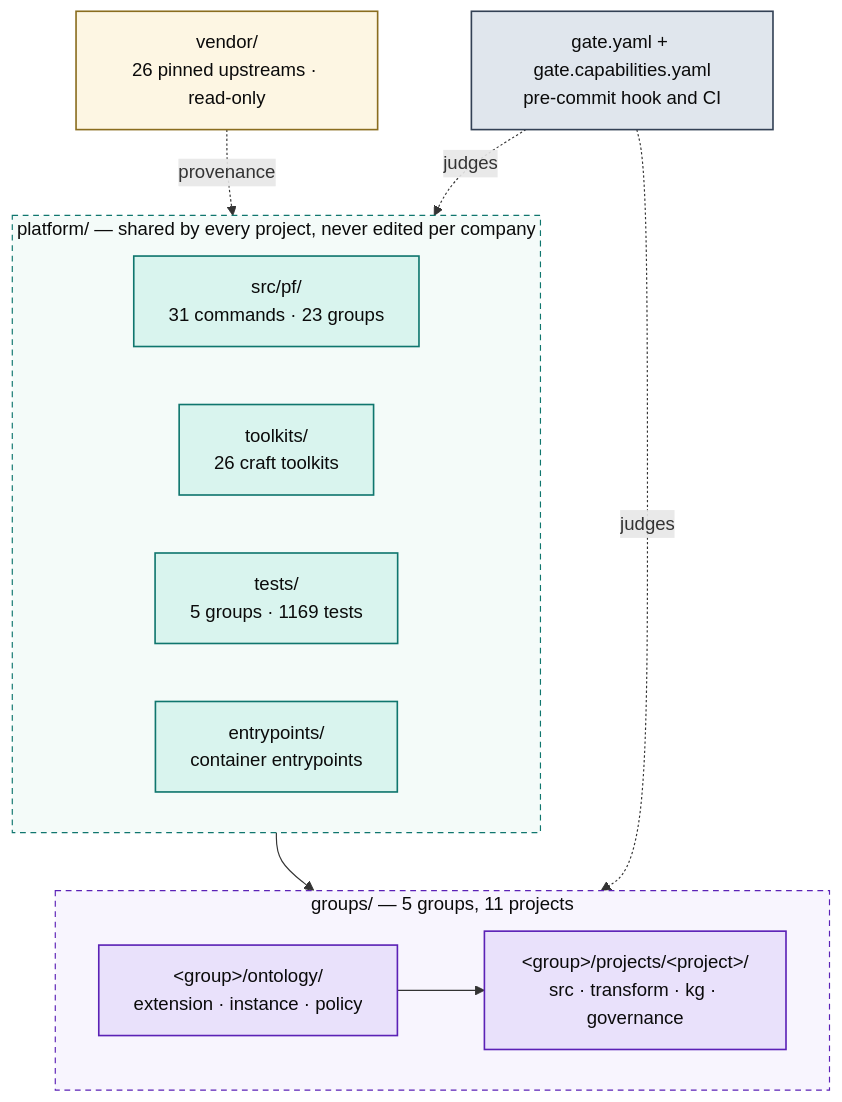
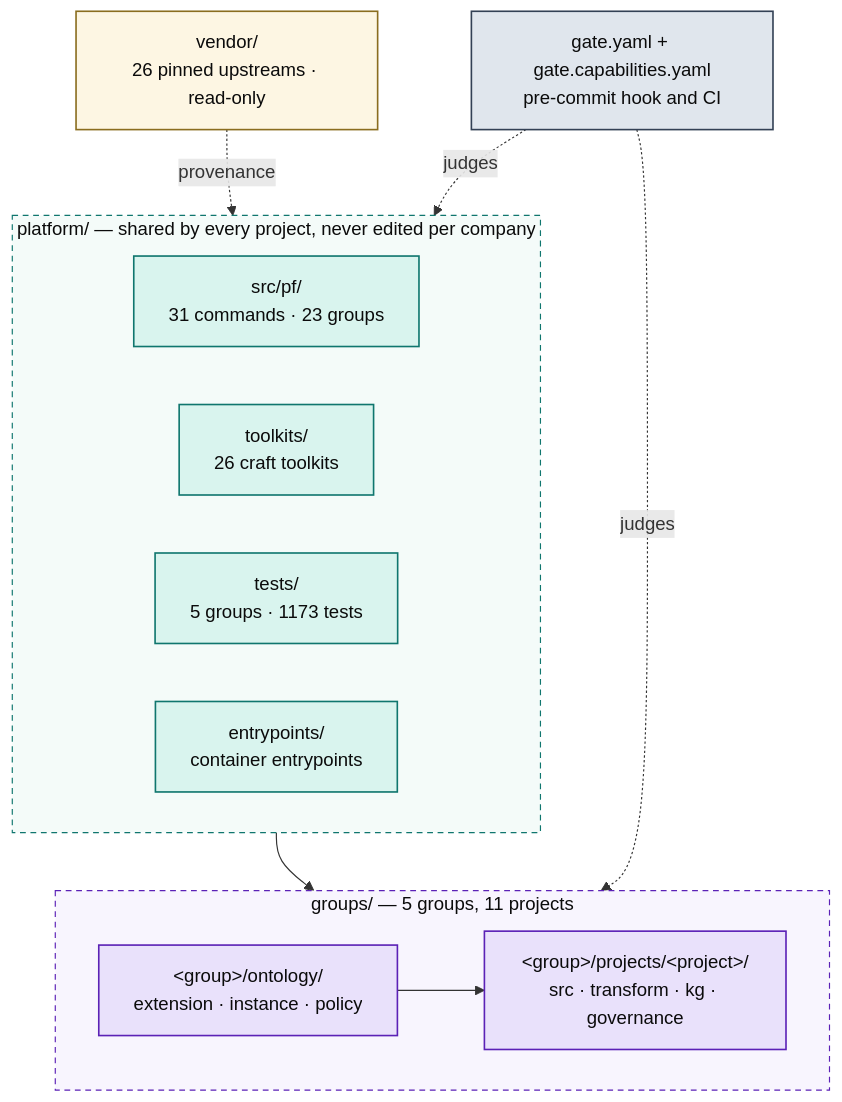
One commit to Atomz-org/data-platform changed the first of 5 diagrams in docs/ARCHITECTURE.md. Above: the diagram before and after it, drawn with Mermaid. The commit also changed other lines of this file and 7 other files, not shown here.

````diff
--- a/docs/ARCHITECTURE.md
+++ b/docs/ARCHITECTURE.md
@@ -15,36 +15,36 @@
 ```mermaid
 flowchart TB
   subgraph SHARED["platform/ — shared by every project, never edited per company"]
     direction LR
     ENG["src/pf/<br/>31 commands · 23 groups"]
     TK["toolkits/<br/>26 craft toolkits"]
-    TST["tests/<br/>5 groups · 1169 tests"]
+    TST["tests/<br/>5 groups · 1173 tests"]
     ENT["entrypoints/<br/>container entrypoints"]
   end
 
   subgraph ENTITIES["groups/ — 5 groups, 11 projects"]
     direction LR
     GRP["&lt;group&gt;/ontology/<br/>extension · instance · policy"]
     PRJ["&lt;group&gt;/projects/&lt;project&gt;/<br/>src · transform · kg · governance"]
     GRP --> PRJ
   end
 
   VEN["vendor/<br/>26 pinned upstreams · read-only"]
   GATE["gate.yaml + gate.capabilities.yaml<br/>pre-commit hook and CI"]
 
   SHARED --> ENTITIES
   VEN -.provenance.-> SHARED
   GATE -.judges.-> ENTITIES
   GATE -.judges.-> SHARED
 
   classDef code fill:#d9f4ee,stroke:#0f766e,stroke-width:1.4px,color:#0b0b0b
   classDef data fill:#e9e1fb,stroke:#5b21b6,stroke-width:1.4px,color:#0b0b0b
   classDef gov fill:#e0e6ed,stroke:#334155,stroke-width:1.4px,color:#0b0b0b
   classDef ext fill:#fdf6e3,stroke:#8a6d1f,stroke-width:1.4px,color:#0b0b0b
   class ENG,TK,TST,ENT code
   class GRP,PRJ data
   class GATE gov
   class VEN ext
   style SHARED fill:#f4fbf9,stroke:#0f766e,stroke-dasharray:5 4,color:#0b0b0b
   style ENTITIES fill:#f8f5fe,stroke:#5b21b6,stroke-dasharray:5 4,color:#0b0b0b
 ```
````
